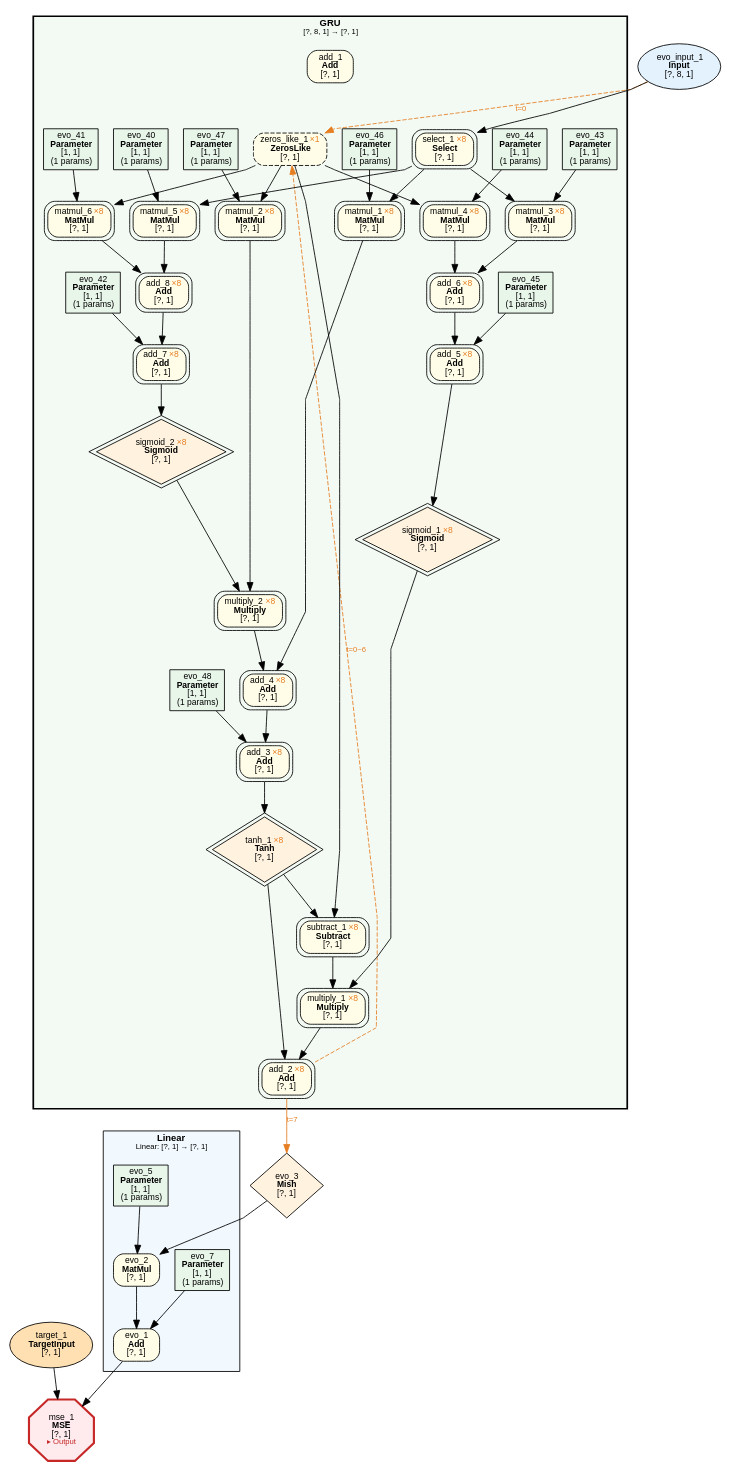
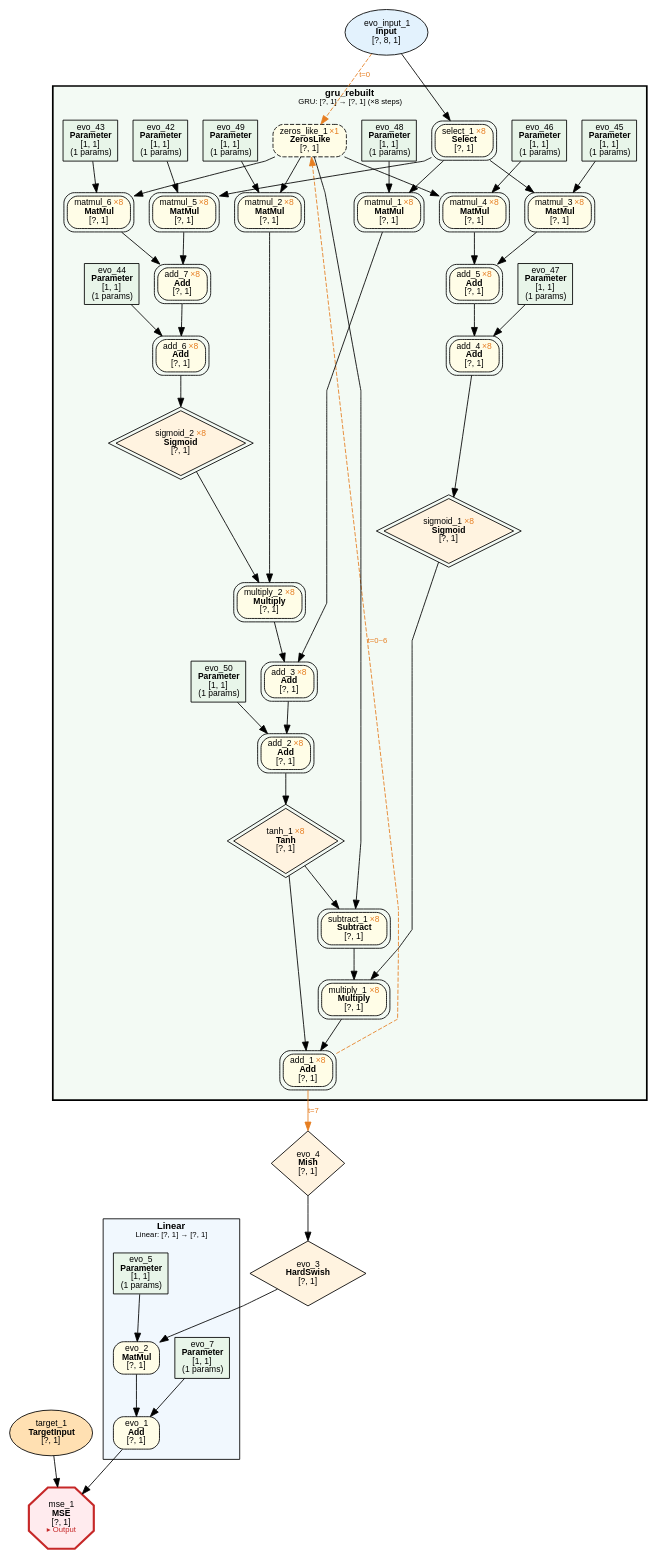
One commit to dbsxdbsx/only_torch changed the diagram in examples/evolution/parity_seq/evolution_parity_seq.dot. Above: the diagram before and after it, drawn with Graphviz. The commit also changed 21 other files, not shown here.

```diff
--- a/examples/evolution/parity_seq/evolution_parity_seq.dot
+++ b/examples/evolution/parity_seq/evolution_parity_seq.dot
@@ -1,113 +1,114 @@
 digraph ComputeGraph {
     rankdir=TB;
     newrank=true;
     splines=polyline;
     node [fontname="Microsoft YaHei,SimHei,Arial"];
     edge [fontname="Microsoft YaHei,SimHei,Arial"];
 
     subgraph cluster_group_linear_1 {
         label=<<B>Linear</B><BR/><FONT POINT-SIZE="9">Linear: [?, 1] → [?, 1]</FONT>>;
         style=filled;
         fillcolor="#E3F2FD80";
         fontname="Microsoft YaHei,SimHei,Arial";
         fontsize=11;
         margin=12;
             "2" [label=<evo_1<BR/><B>Add</B><BR/>[?, 1]> shape=box style="filled,rounded" fillcolor="#FFFDE7" fontsize=10];
             "4" [label=<evo_2<BR/><B>MatMul</B><BR/>[?, 1]> shape=box style="filled,rounded" fillcolor="#FFFDE7" fontsize=10];
             "5" [label=<evo_7<BR/><B>Parameter</B><BR/>[1, 1]<BR/>(1 params)> shape=box style=filled fillcolor="#E8F5E9" fontsize=10];
             "7" [label=<evo_5<BR/><B>Parameter</B><BR/>[1, 1]<BR/>(1 params)> shape=box style=filled fillcolor="#E8F5E9" fontsize=10];
     }
 
     subgraph cluster_group_gru_0 {
-        label=<<B>GRU</B><BR/><FONT POINT-SIZE="9">[?, 8, 1] → [?, 1]</FONT>>;
+        label=<<B>gru_rebuilt</B><BR/><FONT POINT-SIZE="9">GRU: [?, 1] → [?, 1] (×8 steps)</FONT>>;
         style="filled,bold";
         peripheries=3;
         penwidth=2;
         fillcolor="#E8F5E980";
         fontname="Microsoft YaHei,SimHei,Arial";
         fontsize=11;
         margin=12;
-            "8" [label=<add_1<BR/><B>Add</B><BR/>[?, 1]> shape=box style="filled,rounded" fillcolor="#FFFDE7" fontsize=10];
-            "9" [label=<evo_48<BR/><B>Parameter</B><BR/>[1, 1]<BR/>(1 params)> shape=box style=filled fillcolor="#E8F5E9" fontsize=10];
-            "10" [label=<evo_45<BR/><B>Parameter</B><BR/>[1, 1]<BR/>(1 params)> shape=box style=filled fillcolor="#E8F5E9" fontsize=10];
-            "11" [label=<evo_46<BR/><B>Parameter</B><BR/>[1, 1]<BR/>(1 params)> shape=box style=filled fillcolor="#E8F5E9" fontsize=10];
-            "13" [label=<evo_47<BR/><B>Parameter</B><BR/>[1, 1]<BR/>(1 params)> shape=box style=filled fillcolor="#E8F5E9" fontsize=10];
-            "14" [label=<evo_43<BR/><B>Parameter</B><BR/>[1, 1]<BR/>(1 params)> shape=box style=filled fillcolor="#E8F5E9" fontsize=10];
-            "15" [label=<evo_44<BR/><B>Parameter</B><BR/>[1, 1]<BR/>(1 params)> shape=box style=filled fillcolor="#E8F5E9" fontsize=10];
-            "16" [label=<evo_42<BR/><B>Parameter</B><BR/>[1, 1]<BR/>(1 params)> shape=box style=filled fillcolor="#E8F5E9" fontsize=10];
-            "17" [label=<evo_40<BR/><B>Parameter</B><BR/>[1, 1]<BR/>(1 params)> shape=box style=filled fillcolor="#E8F5E9" fontsize=10];
-            "18" [label=<evo_41<BR/><B>Parameter</B><BR/>[1, 1]<BR/>(1 params)> shape=box style=filled fillcolor="#E8F5E9" fontsize=10];
-            "19" [label=<add_2 <FONT COLOR="#E67E22">×8</FONT><BR/><B>Add</B><BR/>[?, 1]> shape=box style="filled,rounded" fillcolor="#FFFDE7" fontsize=10 peripheries=2];
+            "9" [label=<evo_50<BR/><B>Parameter</B><BR/>[1, 1]<BR/>(1 params)> shape=box style=filled fillcolor="#E8F5E9" fontsize=10];
+            "10" [label=<evo_47<BR/><B>Parameter</B><BR/>[1, 1]<BR/>(1 params)> shape=box style=filled fillcolor="#E8F5E9" fontsize=10];
+            "11" [label=<evo_48<BR/><B>Parameter</B><BR/>[1, 1]<BR/>(1 params)> shape=box style=filled fillcolor="#E8F5E9" fontsize=10];
+            "13" [label=<evo_49<BR/><B>Parameter</B><BR/>[1, 1]<BR/>(1 params)> shape=box style=filled fillcolor="#E8F5E9" fontsize=10];
+            "14" [label=<evo_45<BR/><B>Parameter</B><BR/>[1, 1]<BR/>(1 params)> shape=box style=filled fillcolor="#E8F5E9" fontsize=10];
+            "15" [label=<evo_46<BR/><B>Parameter</B><BR/>[1, 1]<BR/>(1 params)> shape=box style=filled fillcolor="#E8F5E9" fontsize=10];
+            "16" [label=<evo_44<BR/><B>Parameter</B><BR/>[1, 1]<BR/>(1 params)> shape=box style=filled fillcolor="#E8F5E9" fontsize=10];
+            "17" [label=<evo_42<BR/><B>Parameter</B><BR/>[1, 1]<BR/>(1 params)> shape=box style=filled fillcolor="#E8F5E9" fontsize=10];
+            "18" [label=<evo_43<BR/><B>Parameter</B><BR/>[1, 1]<BR/>(1 params)> shape=box style=filled fillcolor="#E8F5E9" fontsize=10];
+            "19" [label=<add_1 <FONT COLOR="#E67E22">×8</FONT><BR/><B>Add</B><BR/>[?, 1]> shape=box style="filled,rounded" fillcolor="#FFFDE7" fontsize=10 peripheries=2];
             "20" [label=<tanh_1 <FONT COLOR="#E67E22">×8</FONT><BR/><B>Tanh</B><BR/>[?, 1]> shape=diamond style=filled fillcolor="#FFF3E0" fontsize=10 peripheries=2];
             "21" [label=<multiply_1 <FONT COLOR="#E67E22">×8</FONT><BR/><B>Multiply</B><BR/>[?, 1]> shape=box style="filled,rounded" fillcolor="#FFFDE7" fontsize=10 peripheries=2];
-            "22" [label=<add_3 <FONT COLOR="#E67E22">×8</FONT><BR/><B>Add</B><BR/>[?, 1]> shape=box style="filled,rounded" fillcolor="#FFFDE7" fontsize=10 peripheries=2];
+            "22" [label=<add_2 <FONT COLOR="#E67E22">×8</FONT><BR/><B>Add</B><BR/>[?, 1]> shape=box style="filled,rounded" fillcolor="#FFFDE7" fontsize=10 peripheries=2];
             "23" [label=<sigmoid_1 <FONT COLOR="#E67E22">×8</FONT><BR/><B>Sigmoid</B><BR/>[?, 1]> shape=diamond style=filled fillcolor="#FFF3E0" fontsize=10 peripheries=2];
             "24" [label=<subtract_1 <FONT COLOR="#E67E22">×8</FONT><BR/><B>Subtract</B><BR/>[?, 1]> shape=box style="filled,rounded" fillcolor="#FFFDE7" fontsize=10 peripheries=2];
-            "25" [label=<add_4 <FONT COLOR="#E67E22">×8</FONT><BR/><B>Add</B><BR/>[?, 1]> shape=box style="filled,rounded" fillcolor="#FFFDE7" fontsize=10 peripheries=2];
-            "26" [label=<add_5 <FONT COLOR="#E67E22">×8</FONT><BR/><B>Add</B><BR/>[?, 1]> shape=box style="filled,rounded" fillcolor="#FFFDE7" fontsize=10 peripheries=2];
+            "25" [label=<add_3 <FONT COLOR="#E67E22">×8</FONT><BR/><B>Add</B><BR/>[?, 1]> shape=box style="filled,rounded" fillcolor="#FFFDE7" fontsize=10 peripheries=2];
+            "26" [label=<add_4 <FONT COLOR="#E67E22">×8</FONT><BR/><B>Add</B><BR/>[?, 1]> shape=box style="filled,rounded" fillcolor="#FFFDE7" fontsize=10 peripheries=2];
             "27" [label=<zeros_like_1 <FONT COLOR="#E67E22">×1</FONT><BR/><B>ZerosLike</B><BR/>[?, 1]> shape=box style="filled,rounded,dashed" fillcolor="#FFFDE7" fontsize=10];
             "28" [label=<matmul_1 <FONT COLOR="#E67E22">×8</FONT><BR/><B>MatMul</B><BR/>[?, 1]> shape=box style="filled,rounded" fillcolor="#FFFDE7" fontsize=10 peripheries=2];
             "29" [label=<multiply_2 <FONT COLOR="#E67E22">×8</FONT><BR/><B>Multiply</B><BR/>[?, 1]> shape=box style="filled,rounded" fillcolor="#FFFDE7" fontsize=10 peripheries=2];
-            "30" [label=<add_6 <FONT COLOR="#E67E22">×8</FONT><BR/><B>Add</B><BR/>[?, 1]> shape=box style="filled,rounded" fillcolor="#FFFDE7" fontsize=10 peripheries=2];
+            "30" [label=<add_5 <FONT COLOR="#E67E22">×8</FONT><BR/><B>Add</B><BR/>[?, 1]> shape=box style="filled,rounded" fillcolor="#FFFDE7" fontsize=10 peripheries=2];
             "31" [label=<select_1 <FONT COLOR="#E67E22">×8</FONT><BR/><B>Select</B><BR/>[?, 1]> shape=box style="filled,rounded" fillcolor="#FFFDE7" fontsize=10 peripheries=2];
             "32" [label=<sigmoid_2 <FONT COLOR="#E67E22">×8</FONT><BR/><B>Sigmoid</B><BR/>[?, 1]> shape=diamond style=filled fillcolor="#FFF3E0" fontsize=10 peripheries=2];
             "33" [label=<matmul_2 <FONT COLOR="#E67E22">×8</FONT><BR/><B>MatMul</B><BR/>[?, 1]> shape=box style="filled,rounded" fillcolor="#FFFDE7" fontsize=10 peripheries=2];
             "34" [label=<matmul_3 <FONT COLOR="#E67E22">×8</FONT><BR/><B>MatMul</B><BR/>[?, 1]> shape=box style="filled,rounded" fillcolor="#FFFDE7" fontsize=10 peripheries=2];
             "35" [label=<matmul_4 <FONT COLOR="#E67E22">×8</FONT><BR/><B>MatMul</B><BR/>[?, 1]> shape=box style="filled,rounded" fillcolor="#FFFDE7" fontsize=10 peripheries=2];
-            "36" [label=<add_7 <FONT COLOR="#E67E22">×8</FONT><BR/><B>Add</B><BR/>[?, 1]> shape=box style="filled,rounded" fillcolor="#FFFDE7" fontsize=10 peripheries=2];
-            "37" [label=<add_8 <FONT COLOR="#E67E22">×8</FONT><BR/><B>Add</B><BR/>[?, 1]> shape=box style="filled,rounded" fillcolor="#FFFDE7" fontsize=10 peripheries=2];
+            "36" [label=<add_6 <FONT COLOR="#E67E22">×8</FONT><BR/><B>Add</B><BR/>[?, 1]> shape=box style="filled,rounded" fillcolor="#FFFDE7" fontsize=10 peripheries=2];
+            "37" [label=<add_7 <FONT COLOR="#E67E22">×8</FONT><BR/><B>Add</B><BR/>[?, 1]> shape=box style="filled,rounded" fillcolor="#FFFDE7" fontsize=10 peripheries=2];
             "38" [label=<matmul_5 <FONT COLOR="#E67E22">×8</FONT><BR/><B>MatMul</B><BR/>[?, 1]> shape=box style="filled,rounded" fillcolor="#FFFDE7" fontsize=10 peripheries=2];
             "39" [label=<matmul_6 <FONT COLOR="#E67E22">×8</FONT><BR/><B>MatMul</B><BR/>[?, 1]> shape=box style="filled,rounded" fillcolor="#FFFDE7" fontsize=10 peripheries=2];
     }
 
     "1" [label=<mse_1<BR/><B>MSE</B><BR/>[?, 1]<BR/><FONT COLOR="#C62828" POINT-SIZE="9">▸ Output</FONT>> shape=octagon style=filled fillcolor="#FFEBEE" fontsize=10 penwidth=2.5 color="#C62828"];
     "3" [label=<target_1<BR/><B>TargetInput</B><BR/>[?, 1]> shape=ellipse style=filled fillcolor="#FFE0B2" fontsize=10];
-    "6" [label=<evo_3<BR/><B>Mish</B><BR/>[?, 1]> shape=diamond style=filled fillcolor="#FFF3E0" fontsize=10];
+    "6" [label=<evo_3<BR/><B>HardSwish</B><BR/>[?, 1]> shape=diamond style=filled fillcolor="#FFF3E0" fontsize=10];
+    "8" [label=<evo_4<BR/><B>Mish</B><BR/>[?, 1]> shape=diamond style=filled fillcolor="#FFF3E0" fontsize=10];
     "12" [label=<evo_input_1<BR/><B>Input</B><BR/>[?, 8, 1]> shape=ellipse style=filled fillcolor="#E3F2FD" fontsize=10];
 
     "2" -> "1";
     "3" -> "1";
     "4" -> "2";
     "5" -> "2";
     "6" -> "4";
     "7" -> "4";
-    "19" -> "6" [ color="#E67E22" label=<t=7> fontcolor="#E67E22" fontsize=9];
+    "8" -> "6";
+    "19" -> "8" [ color="#E67E22" label=<t=7> fontcolor="#E67E22" fontsize=9];
     "20" -> "19";
     "21" -> "19";
     "22" -> "20";
     "23" -> "21";
     "24" -> "21";
     "25" -> "22";
     "9" -> "22";
     "26" -> "23";
     "27" -> "24";
     "20" -> "24";
     "28" -> "25";
     "29" -> "25";
     "30" -> "26";
     "10" -> "26";
     "12" -> "27" [ style=dashed color="#E67E22" label=<t=0> fontcolor="#E67E22" fontsize=9];
     "31" -> "28";
     "11" -> "28";
     "32" -> "29";
     "33" -> "29";
     "34" -> "30";
     "35" -> "30";
     "12" -> "31";
     "36" -> "32";
     "27" -> "33";
     "13" -> "33";
     "31" -> "34";
     "14" -> "34";
     "27" -> "35";
     "15" -> "35";
     "37" -> "36";
     "16" -> "36";
     "38" -> "37";
     "39" -> "37";
     "31" -> "38";
     "17" -> "38";
     "27" -> "39";
     "18" -> "39";
     "19" -> "27" [style=dashed color="#E67E22" label=<t=0~6> fontcolor="#E67E22" fontsize=9 constraint=false];
 }
```
